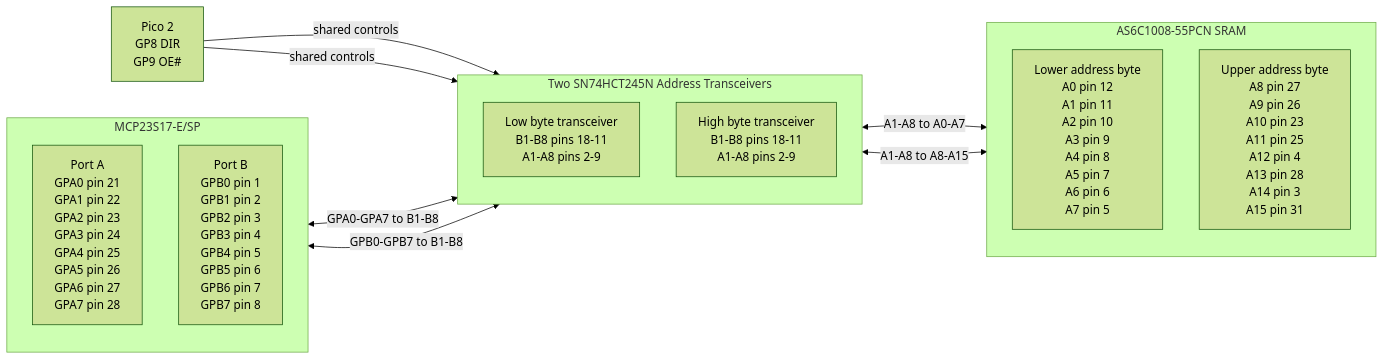
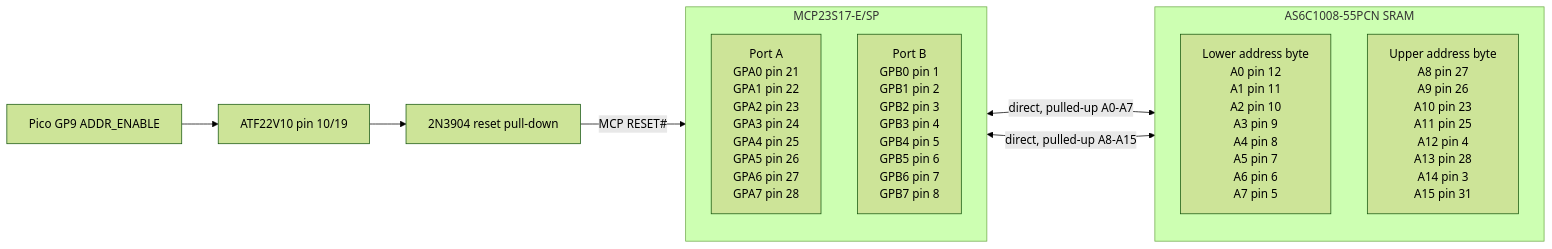
Before and after one commit to gloveboxes/Z80ROMlessSBC: the seventh of 9 diagrams in README.md, drawn with Mermaid (forest theme). The commit also changed other lines of this file and 22 other files, not shown here.

First line of the commit message:
Refactor bus control and update schematic definitions

````diff
--- a/README.md
+++ b/README.md
@@ -773,28 +845,21 @@
 ```mermaid
 flowchart LR
   subgraph MCP[MCP23S17-E/SP]
     direction TB
     GPA["Port A<br/>GPA0 pin 21<br/>GPA1 pin 22<br/>GPA2 pin 23<br/>GPA3 pin 24<br/>GPA4 pin 25<br/>GPA5 pin 26<br/>GPA6 pin 27<br/>GPA7 pin 28"]
     GPB["Port B<br/>GPB0 pin 1<br/>GPB1 pin 2<br/>GPB2 pin 3<br/>GPB3 pin 4<br/>GPB4 pin 5<br/>GPB5 pin 6<br/>GPB6 pin 7<br/>GPB7 pin 8"]
   end
 
-  subgraph XCVR[Two SN74HCT245N Address Transceivers]
-    direction TB
-    LOW["Low byte transceiver<br/>B1-B8 pins 18-11<br/>A1-A8 pins 2-9"]
-    HIGH["High byte transceiver<br/>B1-B8 pins 18-11<br/>A1-A8 pins 2-9"]
-  end
-
   subgraph RAM[AS6C1008-55PCN SRAM]
     direction TB
     RLOW["Lower address byte<br/>A0 pin 12<br/>A1 pin 11<br/>A2 pin 10<br/>A3 pin 9<br/>A4 pin 8<br/>A5 pin 7<br/>A6 pin 6<br/>A7 pin 5"]
     RHIGH["Upper address byte<br/>A8 pin 27<br/>A9 pin 26<br/>A10 pin 23<br/>A11 pin 25<br/>A12 pin 4<br/>A13 pin 28<br/>A14 pin 3<br/>A15 pin 31"]
   end
 
-  GPA <-->|"GPA0-GPA7 to B1-B8"| LOW
-  GPB <-->|"GPB0-GPB7 to B1-B8"| HIGH
-  LOW <-->|"A1-A8 to A0-A7"| RLOW
-  HIGH <-->|"A1-A8 to A8-A15"| RHIGH
+  GPA <-->|"direct, pulled-up A0-A7"| RLOW
+  GPB <-->|"direct, pulled-up A8-A15"| RHIGH
 
-  PICO["Pico 2<br/>GP8 DIR<br/>GP9 OE#"] -->|"shared controls"| LOW
-  PICO -->|"shared controls"| HIGH
+  PICO["Pico GP9 ADDR_ENABLE"] --> GAL["ATF22V10 pin 10/19"]
+  GAL --> Q1["2N3904 reset pull-down"]
+  Q1 -->|"MCP RESET#"| MCP
 ```
````
